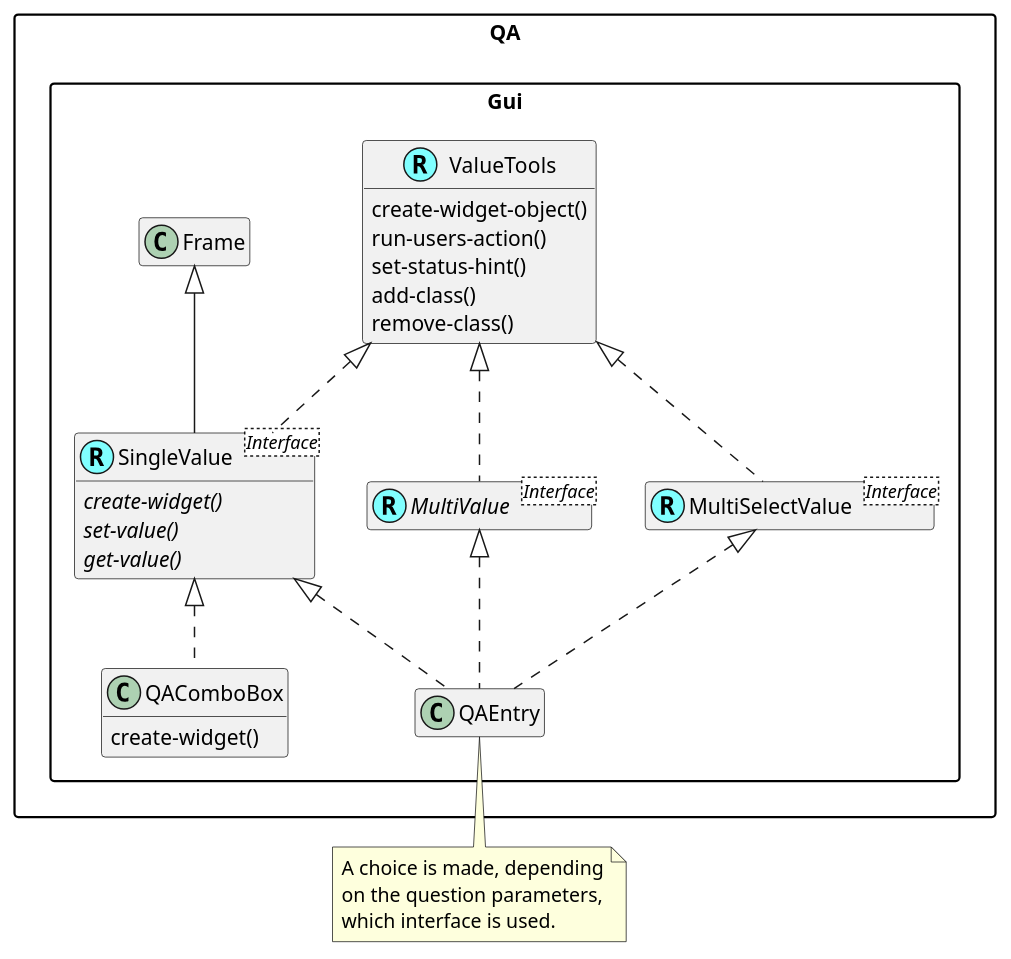
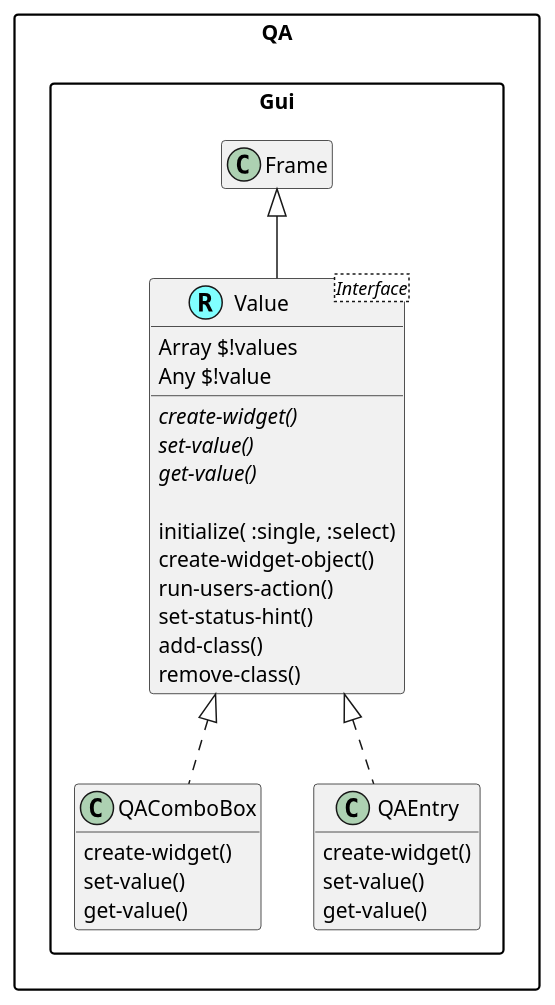
One commit to MARTIMM/question-answer changed the diagram in doc/plantuml/input-widgets.md. Above: the diagram before and after it, drawn with PlantUML.

Commit message:
uml change

````diff
--- a/doc/plantuml/input-widgets.md
+++ b/doc/plantuml/input-widgets.md
@@ -1,57 +1,51 @@
 ```plantuml
 @startuml
 'scale 0.9
 skinparam packageStyle rectangle
 skinparam stereotypeCBackgroundColor #80ffff
 set namespaceSeparator ::
 hide empty members
 
 
 'classes and interfaces
 
-Interface QA::Gui::SingleValue <Interface>
-class QA::Gui::SingleValue <<(R,#80ffff)>> {
+Interface QA::Gui::Value <Interface>
+class QA::Gui::Value <<(R,#80ffff)>> {
+  Array $!values
+  Any $!value
+
   {abstract} create-widget()
   {abstract} set-value()
   {abstract} get-value()
-}
 
-Interface QA::Gui::MultiValue <Interface>
-class QA::Gui::MultiValue <<(R,#80ffff)>>
-
-'Interface QA::Gui::SelectValue <Interface>
-'class QA::Gui::SelectValue <<(R,#80ffff)>>
-
-Interface QA::Gui::MultiSelectValue <Interface>
-class QA::Gui::MultiSelectValue <<(R,#80ffff)>>
-
-class QA::Gui::QAComboBox {
-  create-widget()
-}
-
-Interface QA::Gui::MultiValue <Interface>
-class QA::Gui::ValueTools <<(R,#80ffff)>> {
+  initialize( :single, :select)
   create-widget-object()
   run-users-action()
   set-status-hint()
   add-class()
   remove-class()
 }
 
+
+class QA::Gui::QAComboBox {
+  create-widget()
+  set-value()
+  get-value()
+}
+
+class QA::Gui::QAEntry {
+  create-widget()
+  set-value()
+  get-value()
+}
+
+
 'connections
-QA::Gui::ValueTools <|.. QA::Gui::SingleValue
-QA::Gui::ValueTools <|.. QA::Gui::MultiValue
-'QA::Gui::ValueTools <|.. QA::Gui::SelectValue
-QA::Gui::ValueTools <|.. QA::Gui::MultiSelectValue
 
-QA::Gui::Frame <|-- QA::Gui::SingleValue
-QA::Gui::SingleValue <|.. QA::Gui::QAComboBox
+QA::Gui::Frame <|-- QA::Gui::Value
+QA::Gui::Value <|.. QA::Gui::QAComboBox
 
-QA::Gui::SingleValue <|.. QA::Gui::QAEntry
-QA::Gui::MultiValue <|.. QA::Gui::QAEntry
-'QA::Gui::SelectValue <|.. QA::Gui::QAEntry
-QA::Gui::MultiSelectValue <|.. QA::Gui::QAEntry
-note bottom of QA::Gui::QAEntry: A choice is made, depending\non the question parameters,\nwhich interface is used.
+QA::Gui::Value <|.. QA::Gui::QAEntry
 
 @enduml
 ```
````
